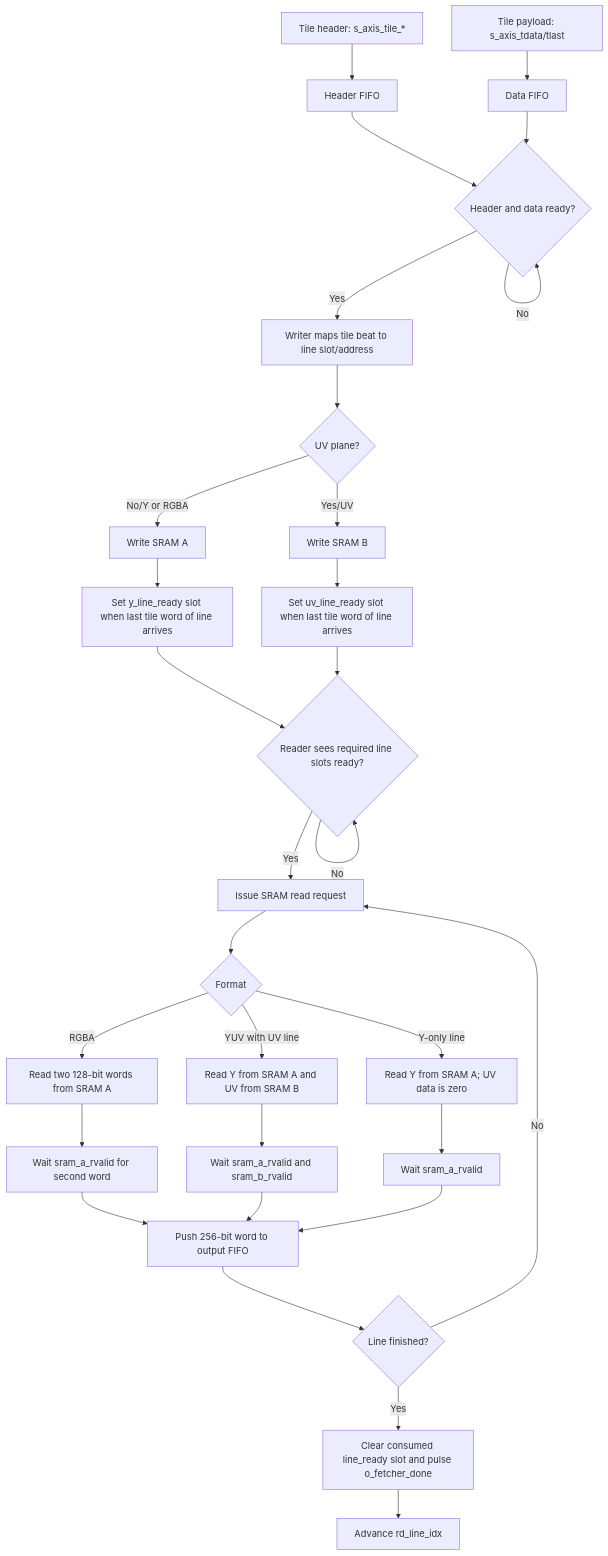
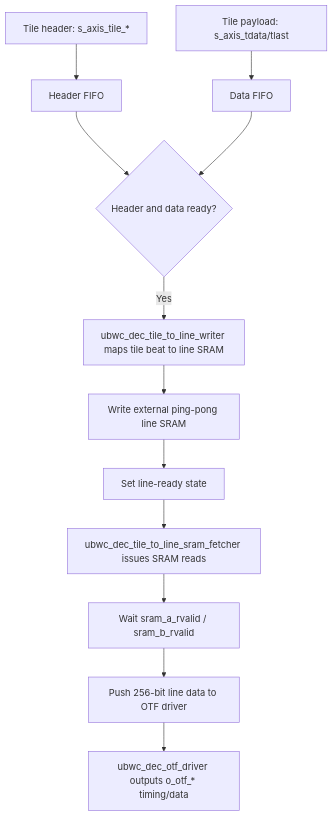
Before and after one commit to luckymiaojw/ubwc: the second of 2 diagrams in docs/ubwc_wrapper_usage.md, drawn with Mermaid. The commit also changed other lines of this file and 37 other files, not shown here.

Commit message:
R0 Release UBWC ENC/DEC continuous frame support

````diff
--- a/docs/ubwc_wrapper_usage.md
+++ b/docs/ubwc_wrapper_usage.md
@@ -257,32 +257,14 @@
 ```mermaid
 flowchart TD
     A[Tile header: s_axis_tile_*] --> B[Header FIFO]
     C[Tile payload: s_axis_tdata/tlast] --> D[Data FIFO]
     B --> E{Header and data ready?}
     D --> E
-    E -- No --> E
-    E -- Yes --> F[Writer maps tile beat to line slot/address]
-    F --> G{UV plane?}
-    G -- No/Y or RGBA --> H[Write SRAM A]
-    G -- Yes/UV --> I[Write SRAM B]
-    H --> J[Set y_line_ready slot when last tile word of line arrives]
-    I --> K[Set uv_line_ready slot when last tile word of line arrives]
-    J --> L{Reader sees required line slots ready?}
-    K --> L
-    L -- No --> L
-    L -- Yes --> M[Issue SRAM read request]
-    M --> N{Format}
-    N -- RGBA --> O[Read two 128-bit words from SRAM A]
-    N -- YUV with UV line --> P[Read Y from SRAM A and UV from SRAM B]
-    N -- Y-only line --> Q[Read Y from SRAM A; UV data is zero]
-    O --> R[Wait sram_a_rvalid for second word]
-    P --> S[Wait sram_a_rvalid and sram_b_rvalid]
-    Q --> T[Wait sram_a_rvalid]
-    R --> U[Push 256-bit word to output FIFO]
-    S --> U
-    T --> U
-    U --> V{Line finished?}
-    V -- No --> M
-    V -- Yes --> W[Clear consumed line_ready slot and pulse o_fetcher_done]
-    W --> X[Advance rd_line_idx]
+    E -- Yes --> F[ubwc_dec_tile_to_line_writer maps tile beat to line SRAM]
+    F --> G[Write external ping-pong line SRAM]
+    G --> H[Set line-ready state]
+    H --> I[ubwc_dec_tile_to_line_sram_fetcher issues SRAM reads]
+    I --> J[Wait sram_a_rvalid / sram_b_rvalid]
+    J --> K[Push 256-bit line data to OTF driver]
+    K --> L[ubwc_dec_otf_driver outputs o_otf_* timing/data]
 ```
````
